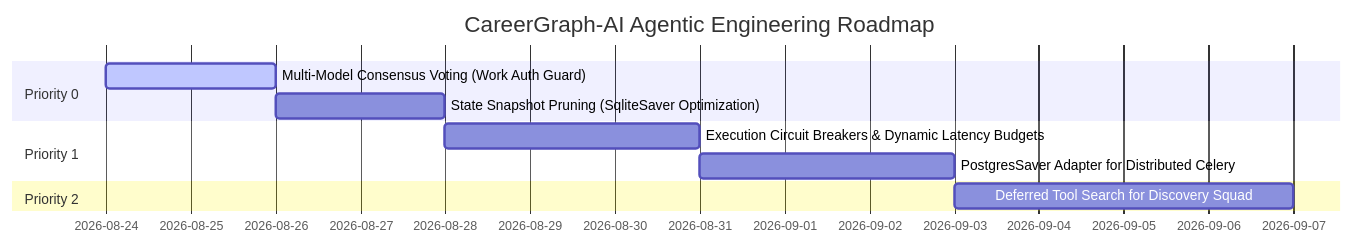
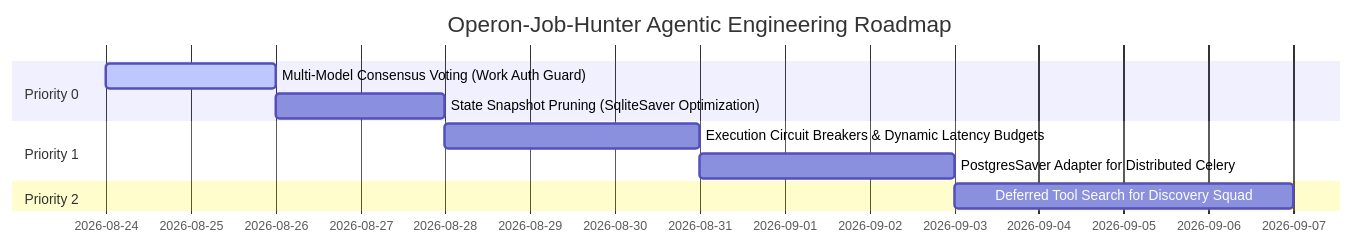
The second of 2 diagrams in docs/architecture_research_benchmark.md (prasadrane/Operon-Job-Hunter), drawn with Mermaid before and after one commit. The commit also changed other lines of this file and 25 other files, not shown here.

Commit message:
docs: update project name to Operon-Job-Hunter, eliminate em-dashes, and align architecture diagram

````diff
--- a/docs/architecture_research_benchmark.md
+++ b/docs/architecture_research_benchmark.md
@@ -141,13 +141,13 @@
 ```mermaid
 gantt
-    title CareerGraph-AI Agentic Engineering Roadmap
+    title Operon-Job-Hunter Agentic Engineering Roadmap
     dateFormat  YYYY-MM-DD
     section Priority 0
     Multi-Model Consensus Voting (Work Auth Guard) :active, p0_1, 2026-08-24, 2d
     State Snapshot Pruning (SqliteSaver Optimization) :p0_2, 2026-08-26, 2d
     section Priority 1
     Execution Circuit Breakers & Dynamic Latency Budgets :p1_1, 2026-08-28, 3d
     PostgresSaver Adapter for Distributed Celery :p1_2, 2026-08-31, 3d
     section Priority 2
     Deferred Tool Search for Discovery Squad :p2_1, 2026-09-03, 4d
 ```
````
